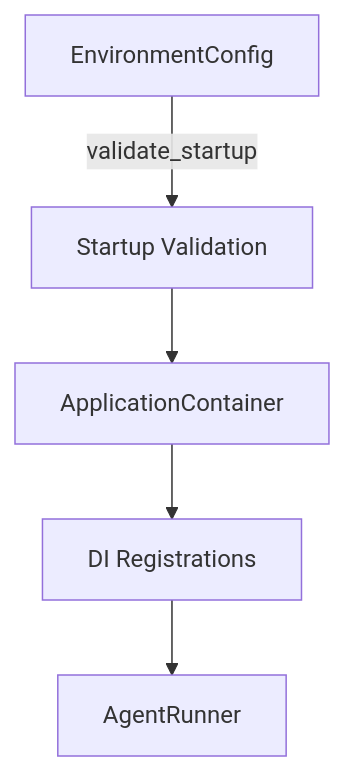
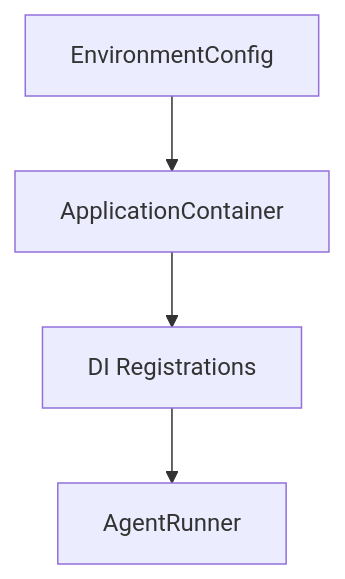
The first of 2 diagrams in agent_actions/config/_MANIFEST.md (Muizzkolapo/agent-actions), drawn with Mermaid before and after one commit. The commit also changed 46 other files, not shown here.

````diff
--- a/agent_actions/config/_MANIFEST.md
+++ b/agent_actions/config/_MANIFEST.md
@@ -37,7 +37,6 @@
 ```mermaid
 flowchart TD
-    A[EnvironmentConfig] -->|validate_startup| B[Startup Validation]
-    B --> C[ApplicationContainer]
-    C --> D[DI Registrations]
-    D --> E[AgentRunner]
+    A[EnvironmentConfig] --> B[ApplicationContainer]
+    B --> C[DI Registrations]
+    C --> D[AgentRunner]
 ```
````
